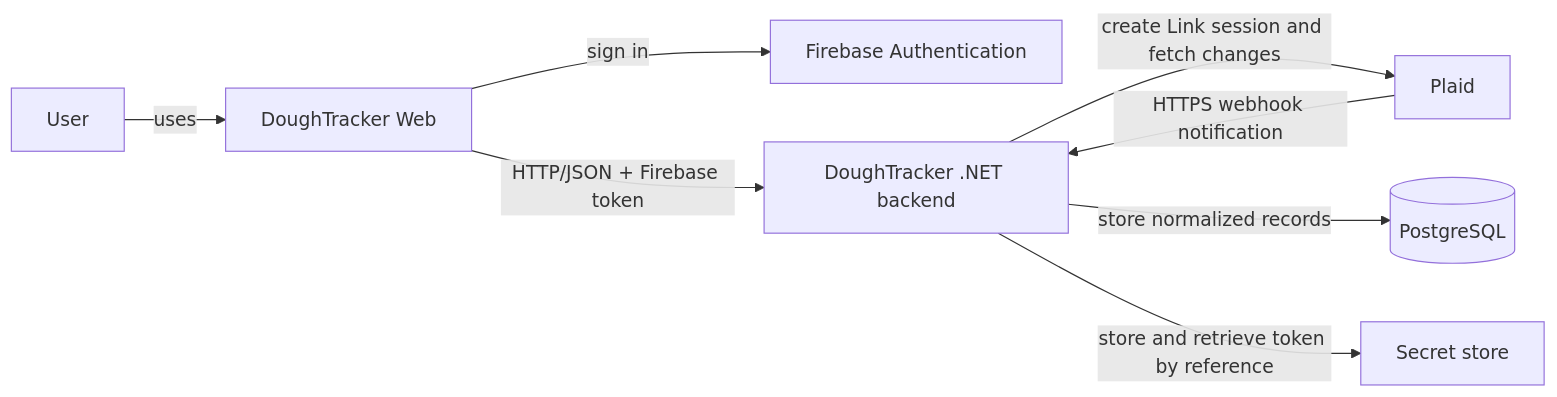
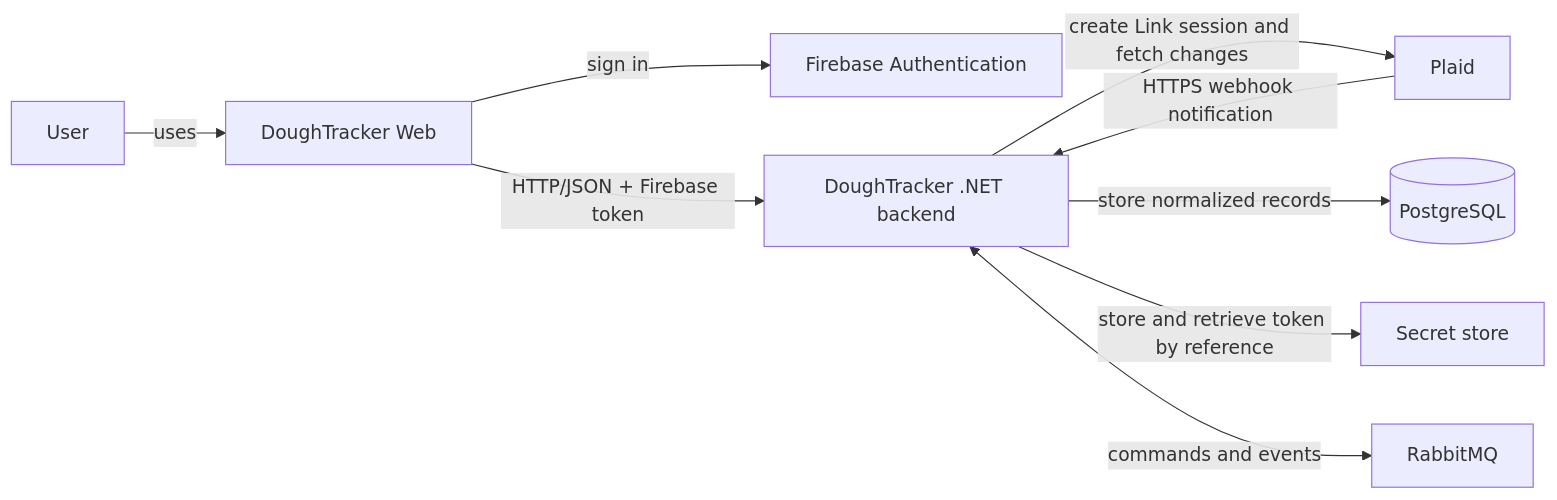
The first of 3 diagrams in docs/ARCHITECTURE.md (Stommasi19/DoughTracker), drawn with Mermaid before and after one commit. The commit also changed other lines of this file and 14 other files, not shown here.

````diff
--- a/docs/ARCHITECTURE.md
+++ b/docs/ARCHITECTURE.md
@@ -56,10 +59,11 @@
 ```mermaid
 flowchart LR
     User[User] -->|uses| Web[DoughTracker Web]
     Web -->|sign in| Firebase[Firebase Authentication]
     Web -->|HTTP/JSON + Firebase token| Backend[DoughTracker .NET backend]
     Backend -->|create Link session and fetch changes| Plaid[Plaid]
     Plaid -->|HTTPS webhook notification| Backend
     Backend -->|store normalized records| Postgres[(PostgreSQL)]
     Backend -->|store and retrieve token by reference| Secrets[Secret store]
+    Backend <-->|commands and events| RabbitMQ[RabbitMQ]
 ```
````
